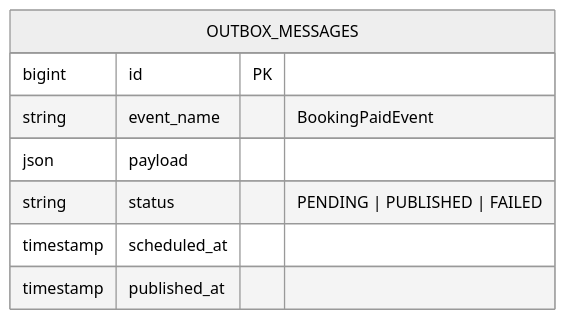
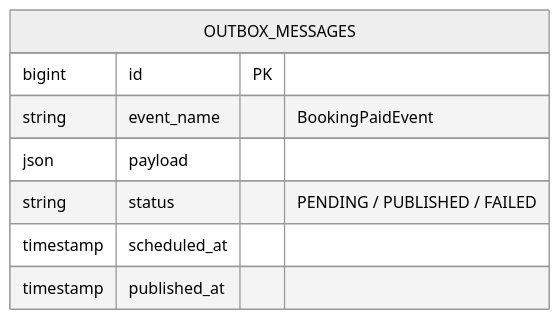
The diagram in content/docs/chuong-06-van-hanh-ca-ban-ve-audit-va-cronjob/01-cronjob-auto-release-va-outbox-pattern.mdx (tomone2kd000-ux/superdong-booking-system), drawn with Mermaid (neutral theme) before and after one commit. The commit also changed 17 other files, not shown here.

Commit message:
fix: resolve Mermaid erDiagram syntax warnings across all MDX files

````diff
--- a/content/docs/chuong-06-van-hanh-ca-ban-ve-audit-va-cronjob/01-cronjob-auto-release-va-outbox-pattern.mdx
+++ b/content/docs/chuong-06-van-hanh-ca-ban-ve-audit-va-cronjob/01-cronjob-auto-release-va-outbox-pattern.mdx
@@ -34,11 +34,11 @@
 ```mermaid
 erDiagram
     OUTBOX_MESSAGES {
         bigint id PK
         string event_name "BookingPaidEvent"
         json payload
-        string status "PENDING | PUBLISHED | FAILED"
+        string status "PENDING / PUBLISHED / FAILED"
         timestamp scheduled_at
         timestamp published_at
     }
 ```
````
